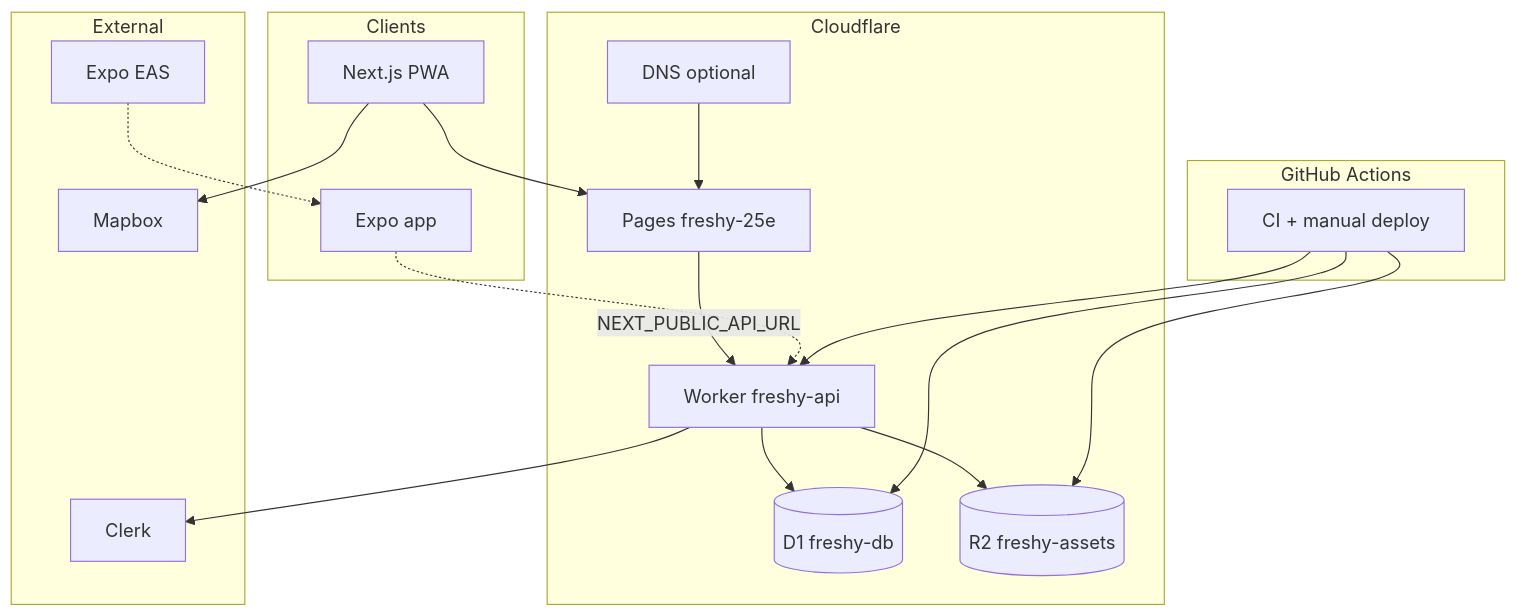
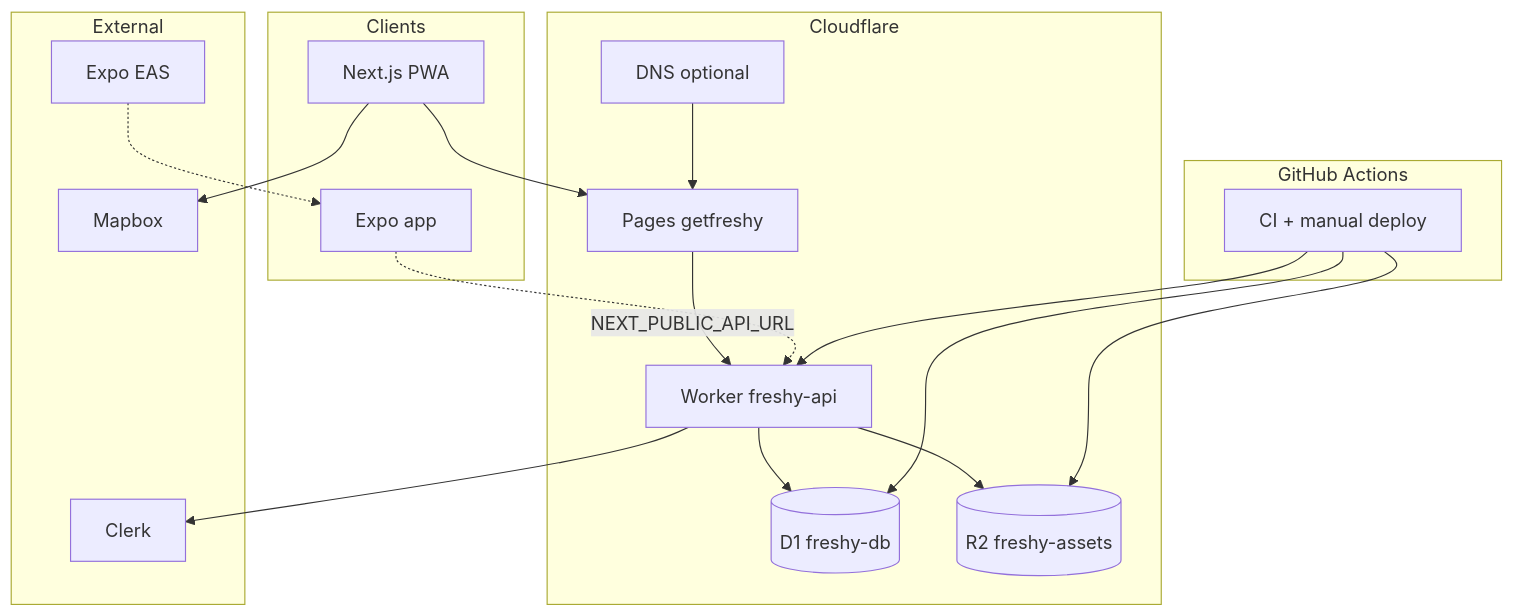
One commit to alexandrelheinen/freshy changed the second of 2 diagrams in docs/infrastructure.md. Above: the diagram before and after it, drawn with Mermaid. The commit also changed other lines of this file and 23 other files, not shown here.

````diff
--- a/docs/infrastructure.md
+++ b/docs/infrastructure.md
@@ -80,38 +80,38 @@
 ```mermaid
 flowchart TB
     subgraph clients [Clients]
         Web[Next.js PWA]
         Mobile[Expo app]
     end
 
     subgraph cf [Cloudflare]
-        Pages[Pages freshy-25e]
+        Pages[Pages getfreshy]
         Worker[Worker freshy-api]
         D1[(D1 freshy-db)]
         R2[(R2 freshy-assets)]
         DNS[DNS optional]
     end
 
     subgraph external [External]
         Mapbox[Mapbox]
         EAS[Expo EAS]
         Clerk[Clerk]
     end
 
     subgraph ci [GitHub Actions]
         GHA[CI + manual deploy]
     end
 
     Web --> Pages
     Pages -->|NEXT_PUBLIC_API_URL| Worker
     Mobile -.-> Worker
     Worker --> D1
     Worker --> R2
     Web --> Mapbox
     Worker --> Clerk
     GHA --> Worker
     GHA --> D1
     GHA --> R2
     EAS -.-> Mobile
     DNS --> Pages
 ```
````
